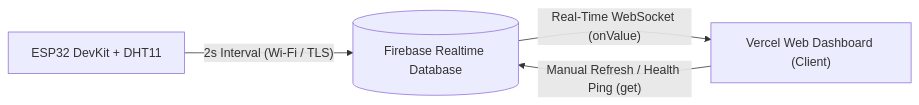
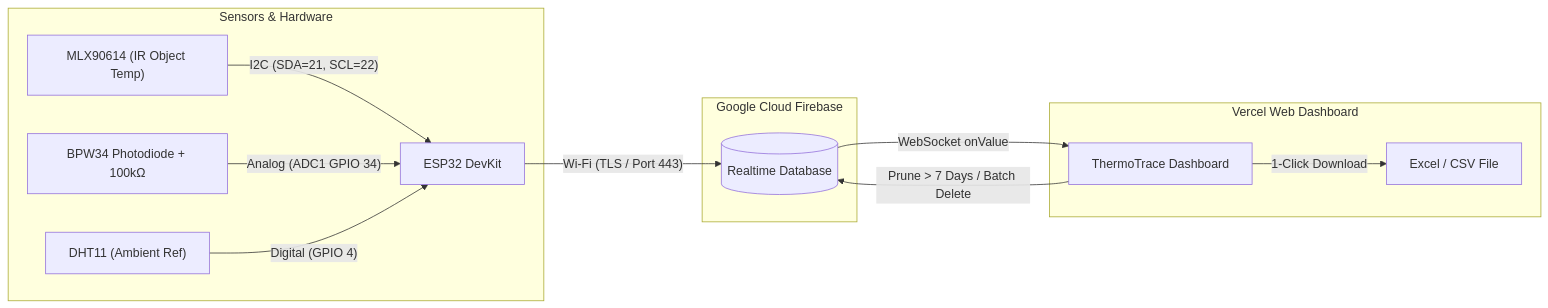
The diagram in README.md (hyprpranav/DHTPulse), drawn with Mermaid before and after one commit. The commit also changed other lines of this file and 5 other files, not shown here.

Commit message:
feat: complete ThermoTrace upgrade with MLX90614, BPW34, DHT11, full history retention, Excel export, and selective cloud pruning

````diff
--- a/README.md
+++ b/README.md
@@ -14,6 +16,18 @@
 ```mermaid
 flowchart LR
-    A["ESP32 DevKit + DHT11"] -- "2s Interval (Wi-Fi / TLS)" --> B[("Firebase Realtime Database")]
-    B -- "Real-Time WebSocket (onValue)" --> C["Vercel Web Dashboard (Client)"]
-    C -- "Manual Refresh / Health Ping (get)" --> B
+    subgraph Sensors ["Sensors & Hardware"]
+        S1["MLX90614 (IR Object Temp)"] -- "I2C (SDA=21, SCL=22)" --> ESP["ESP32 DevKit"]
+        S2["BPW34 Photodiode + 100kΩ"] -- "Analog (ADC1 GPIO 34)" --> ESP
+        S3["DHT11 (Ambient Ref)"] -- "Digital (GPIO 4)" --> ESP
+    end
+
+    subgraph Cloud ["Google Cloud Firebase"]
+        ESP -- "Wi-Fi (TLS / Port 443)" --> RTDB[("Realtime Database")]
+    end
+
+    subgraph Dashboard ["Vercel Web Dashboard"]
+        RTDB -- "WebSocket onValue" --> WEB["ThermoTrace Dashboard"]
+        WEB -- "1-Click Download" --> CSV["Excel / CSV File"]
+        WEB -- "Prune > 7 Days / Batch Delete" --> RTDB
+    end
 ```
````
